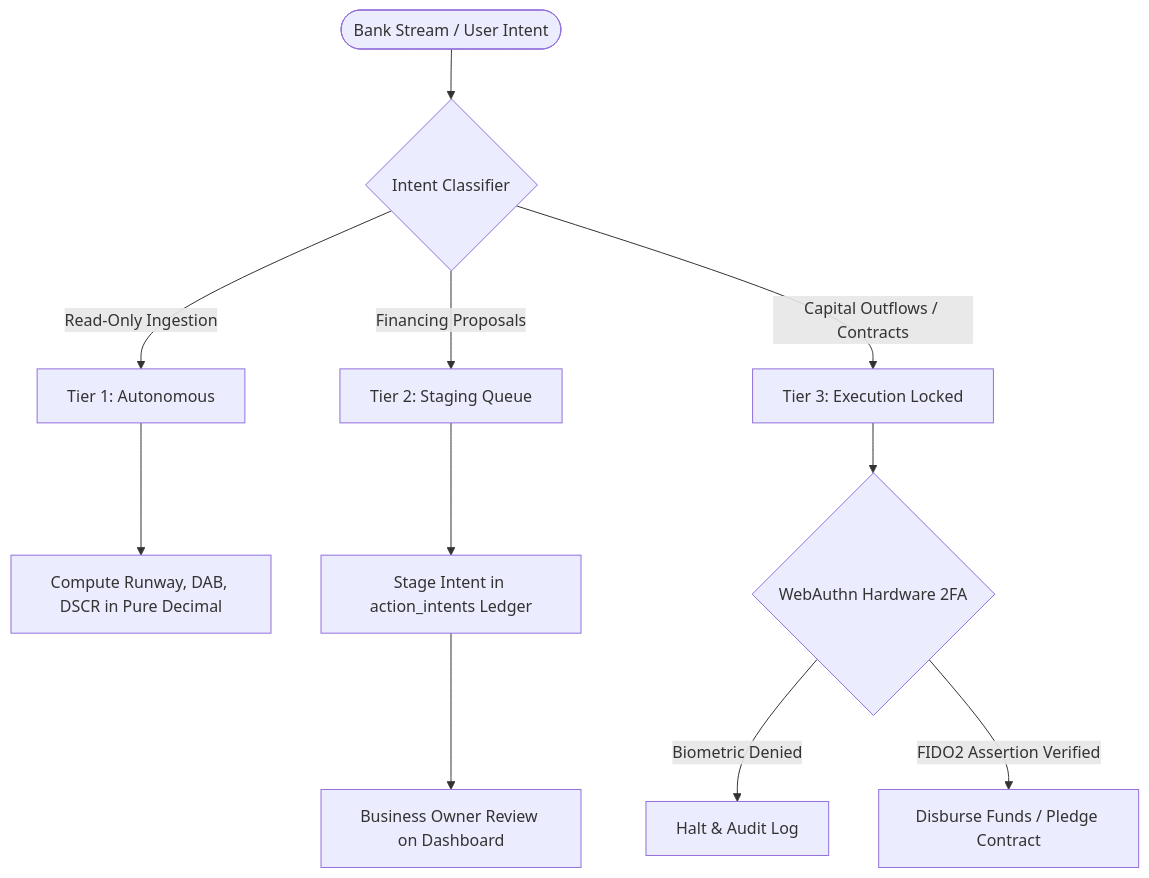
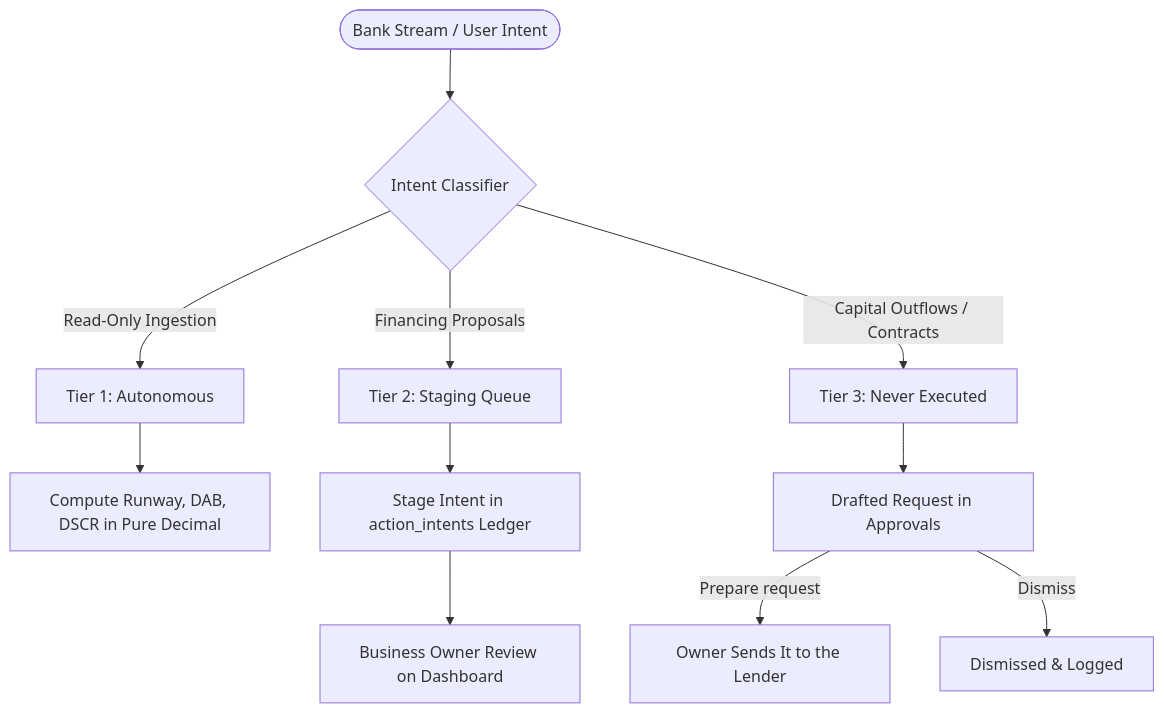
The diagram in README.md (SamJU25/CashPilot), drawn with Mermaid before and after one commit. The commit also changed other lines of this file and 187 other files, not shown here.

````diff
--- a/README.md
+++ b/README.md
@@ -117,16 +117,16 @@
 ```mermaid
 flowchart TD
     Trigger([Bank Stream / User Intent]) --> Gate{Intent Classifier}
     
     Gate -->|Read-Only Ingestion| T1[Tier 1: Autonomous]
     T1 --> S1[Compute Runway, DAB, DSCR in Pure Decimal]
     
     Gate -->|Financing Proposals| T2[Tier 2: Staging Queue]
     T2 --> S2[Stage Intent in action_intents Ledger]
     S2 --> Dashboard[Business Owner Review on Dashboard]
     
-    Gate -->|Capital Outflows / Contracts| T3[Tier 3: Execution Locked]
-    T3 --> Biometric{WebAuthn Hardware 2FA}
-    Biometric -->|Biometric Denied| Halt[Halt & Audit Log]
-    Biometric -->|FIDO2 Assertion Verified| Execute[Disburse Funds / Pledge Contract]
+    Gate -->|Capital Outflows / Contracts| T3[Tier 3: Never Executed]
+    T3 --> Draft[Drafted Request in Approvals]
+    Draft -->|Prepare request| Owner[Owner Sends It to the Lender]
+    Draft -->|Dismiss| Halt[Dismissed & Logged]
 ```
````
